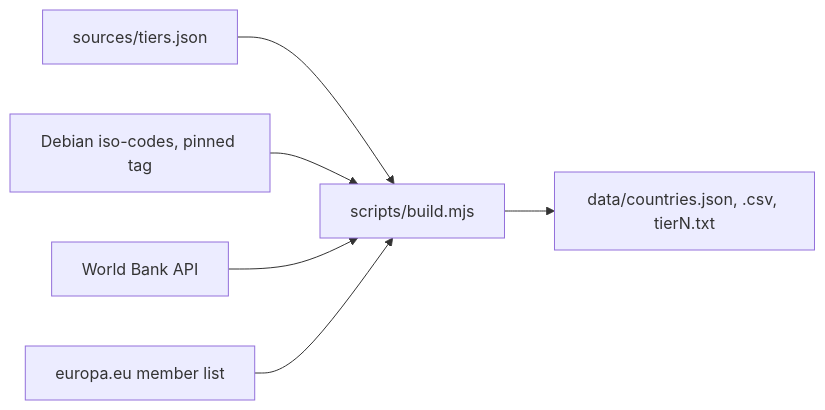
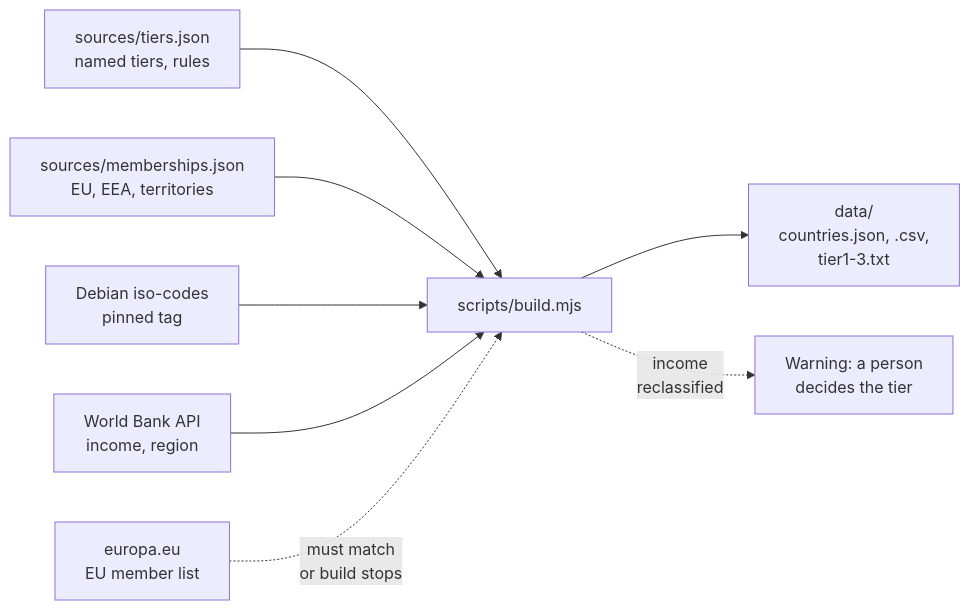
Before and after one commit to moonetix/country-tiers: the diagram in README.md, drawn with Mermaid. The commit also changed other lines of this file, not shown here.

Commit message:
Add a jq example, source diagram, troubleshooting, related repos and the live demo to README

````diff
--- a/README.md
+++ b/README.md
@@ -141,8 +147,10 @@
 ```mermaid
 flowchart LR
-  A[sources/tiers.json] --> B[scripts/build.mjs]
-  C[Debian iso-codes, pinned tag] --> B
-  D[World Bank API] --> B
-  E[europa.eu member list] --> B
-  B --> F[data/countries.json, .csv, tierN.txt]
+    T["sources/tiers.json<br/>named tiers, rules"] --> B["scripts/build.mjs"]
+    M["sources/memberships.json<br/>EU, EEA, territories"] --> B
+    I["Debian iso-codes<br/>pinned tag"] --> B
+    W["World Bank API<br/>income, region"] --> B
+    E["europa.eu<br/>EU member list"] -. "must match<br/>or build stops" .-> B
+    B --> D["data/<br/>countries.json, .csv,<br/>tier1-3.txt"]
+    B -. "income<br/>reclassified" .-> R["Warning: a person<br/>decides the tier"]
 ```
````
